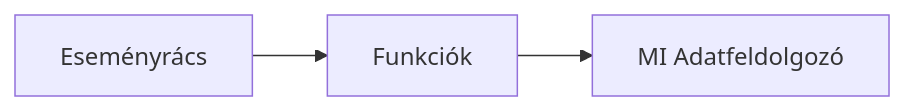
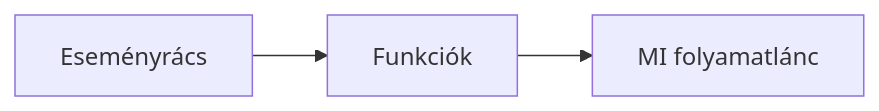
Before and after one commit to microsoft/AZD-for-beginners: the second of 2 diagrams in translations/hu/docs/chapter-08-production/README.md, drawn with Mermaid. The commit also changed other lines of this file and 61 other files, not shown here.

````diff
--- a/translations/hu/docs/chapter-08-production/README.md
+++ b/translations/hu/docs/chapter-08-production/README.md
@@ -57,4 +57,4 @@
 ```mermaid
 graph LR
-    EventGrid[Eseményrács] --> Functions[Funkciók] --> Pipeline[MI Adatfeldolgozó]
+    EventGrid[Eseményrács] --> Functions[Funkciók] --> Pipeline[MI folyamatlánc]
 ```
````
